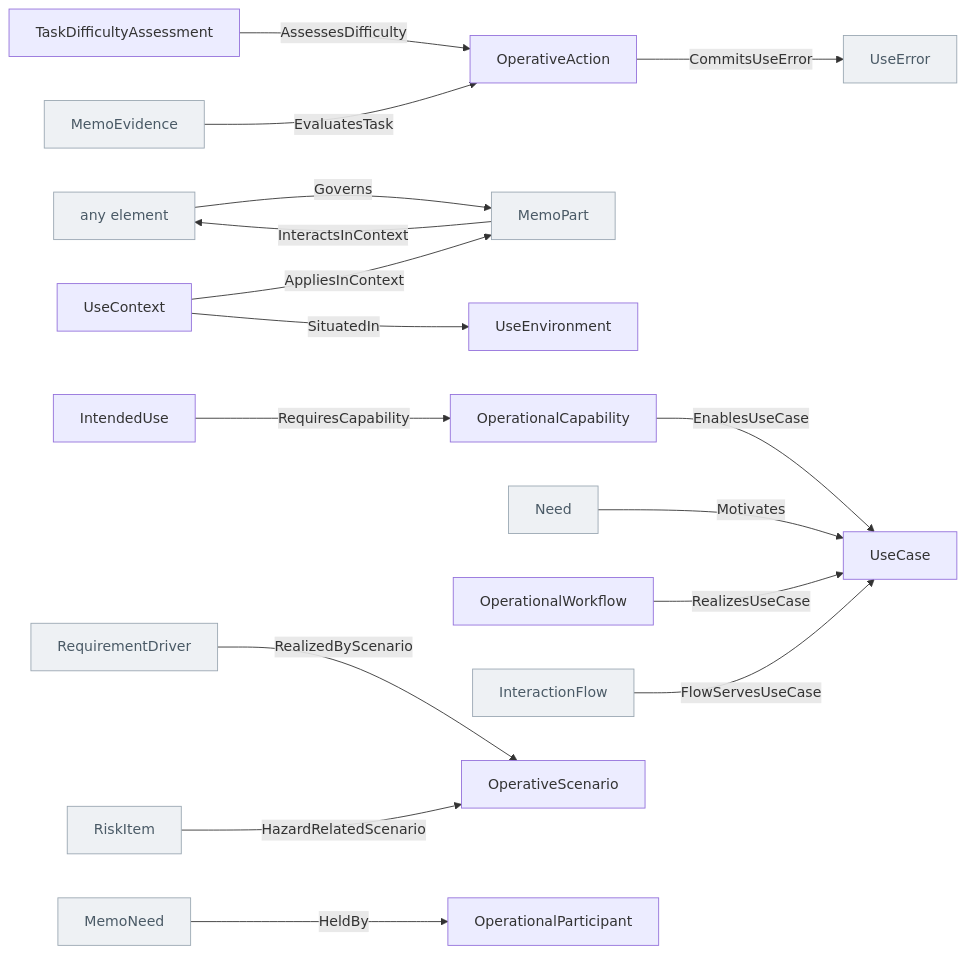
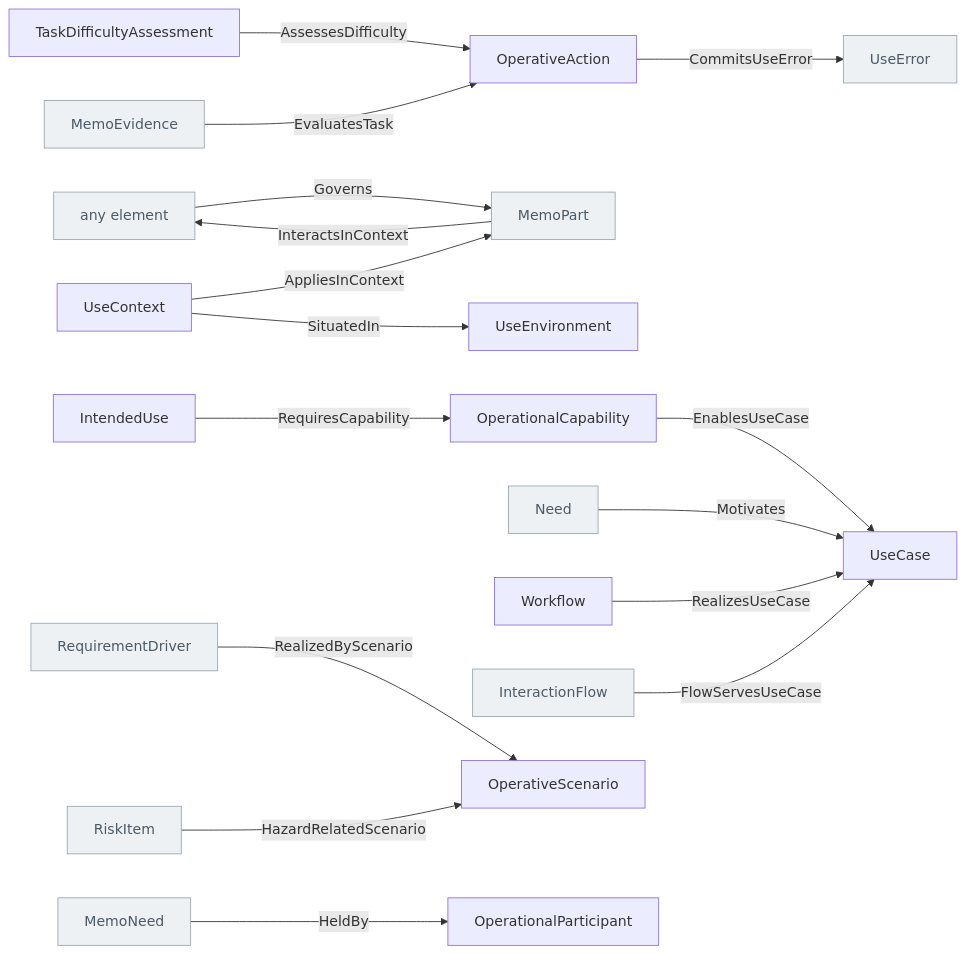
Before and after one commit to memoarchitect/memo: the diagram in docs/ontology/_generated/operational.md, drawn with Mermaid. The commit also changed other lines of this file and 72 other files, not shown here.

First line of the commit message:
Name the middle level Operational; a workflow has no conditions

````diff
--- a/docs/ontology/_generated/operational.md
+++ b/docs/ontology/_generated/operational.md
@@ -78,38 +78,38 @@
 ```mermaid
 flowchart LR
   TaskDifficultyAssessment["TaskDifficultyAssessment"]
   OperativeAction["OperativeAction"]
   anyElement["any element"]:::other
   MemoPart["MemoPart"]:::other
   UseContext["UseContext"]
   UseEnvironment["UseEnvironment"]
   IntendedUse["IntendedUse"]
   OperationalCapability["OperationalCapability"]
   UseCase["UseCase"]
   Need["Need"]:::other
-  OperationalWorkflow["OperationalWorkflow"]
+  Workflow["Workflow"]
   InteractionFlow["InteractionFlow"]:::other
   RequirementDriver["RequirementDriver"]:::other
   OperativeScenario["OperativeScenario"]
   UseError["UseError"]:::other
   MemoEvidence["MemoEvidence"]:::other
   MemoNeed["MemoNeed"]:::other
   OperationalParticipant["OperationalParticipant"]
   RiskItem["RiskItem"]:::other
   TaskDifficultyAssessment -->|AssessesDifficulty| OperativeAction
   anyElement -->|Governs| MemoPart
   MemoPart -->|InteractsInContext| anyElement
   UseContext -->|AppliesInContext| MemoPart
   UseContext -->|SituatedIn| UseEnvironment
   IntendedUse -->|RequiresCapability| OperationalCapability
   OperationalCapability -->|EnablesUseCase| UseCase
   Need -->|Motivates| UseCase
-  OperationalWorkflow -->|RealizesUseCase| UseCase
+  Workflow -->|RealizesUseCase| UseCase
   InteractionFlow -->|FlowServesUseCase| UseCase
   RequirementDriver -->|RealizedByScenario| OperativeScenario
   OperativeAction -->|CommitsUseError| UseError
   MemoEvidence -->|EvaluatesTask| OperativeAction
   MemoNeed -->|HeldBy| OperationalParticipant
   RiskItem -->|HazardRelatedScenario| OperativeScenario
   classDef other fill:#eef1f4,stroke:#9aa7b2,color:#4a5a66
 ```
````
